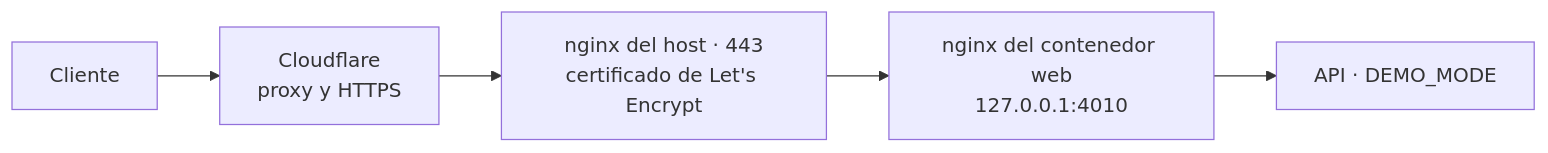
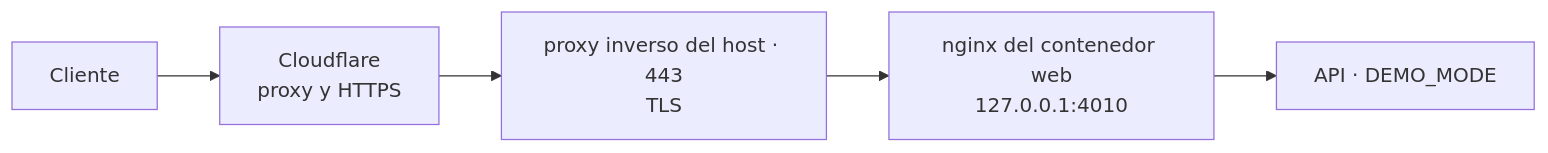
One commit to AlejandroBuitrago685/saas-o-matic changed the second of 2 diagrams in ai-workspace/03-arquitectura/08-despliegue.md. Above: the diagram before and after it, drawn with Mermaid. The commit also changed other lines of this file and 43 other files, not shown here.

````diff
--- a/ai-workspace/03-arquitectura/08-despliegue.md
+++ b/ai-workspace/03-arquitectura/08-despliegue.md
@@ -128,7 +128,7 @@
 ```mermaid
 flowchart LR
   C["Cliente"] --> CF["Cloudflare<br/>proxy y HTTPS"]
-  CF --> H["nginx del host · 443<br/>certificado de Let's Encrypt"]
+  CF --> H["proxy inverso del host · 443<br/>TLS"]
   H --> W["nginx del contenedor web<br/>127.0.0.1:4010"]
   W --> A["API · DEMO_MODE"]
 ```
````
